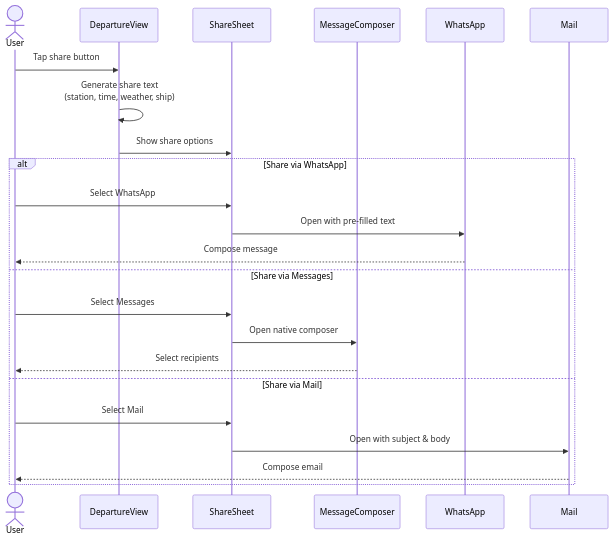
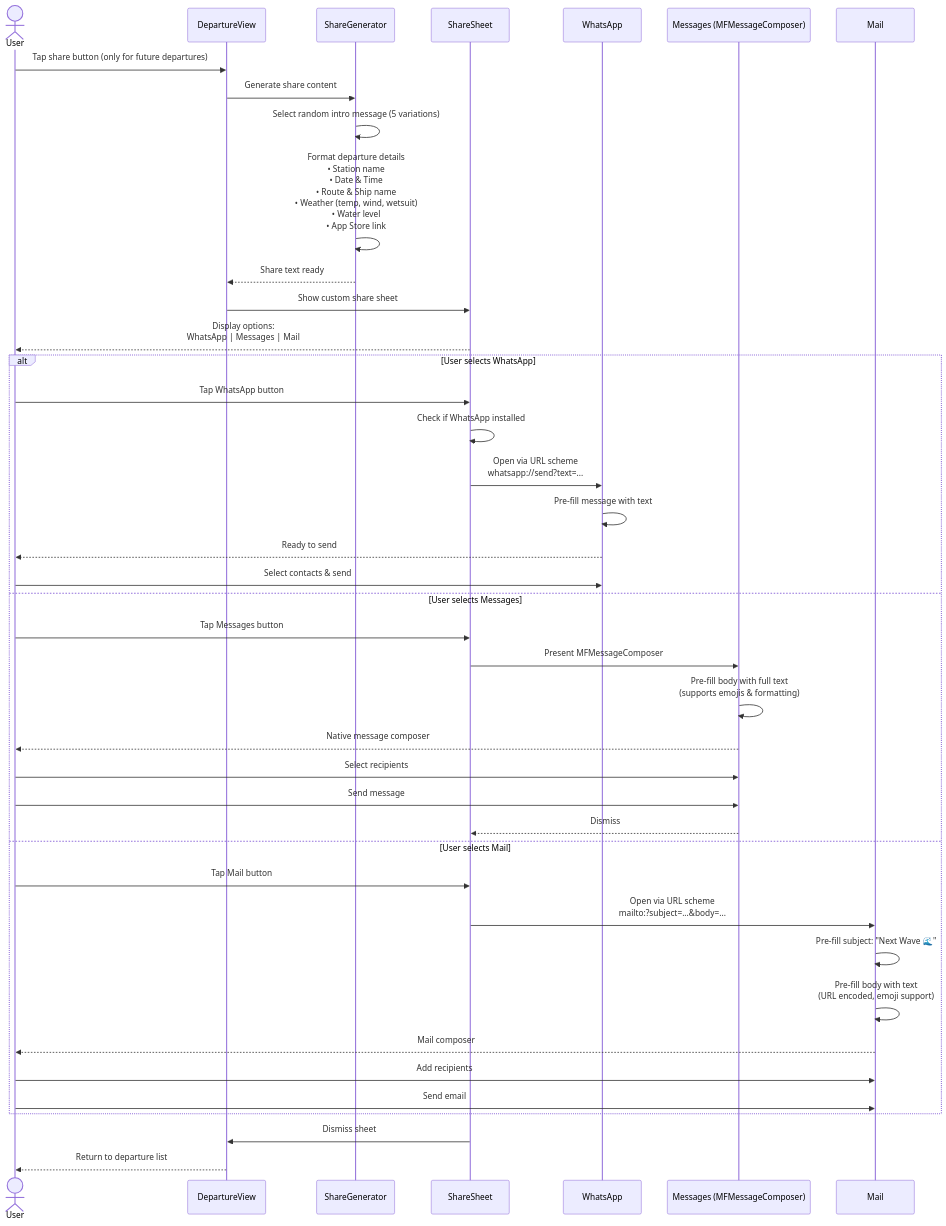
Before and after one commit to pfederi/Next-Wave: diagram 14 of 22 in ARC42_DOCUMENTATION.md, drawn with Mermaid.

Commit message:
Enhance ARC42 documentation with detailed sharing scenarios
- Updated sequence diagram to include a ShareGenerator for generating custom share content.
- Improved user flow for sharing via WhatsApp, Messages, and Mail with detailed steps.
- Clarified interactions and added support for emojis and formatting in Messages.
- Ensured the share sheet dismisses correctly after sharing.

````diff
--- a/ARC42_DOCUMENTATION.md
+++ b/ARC42_DOCUMENTATION.md
@@ -529,27 +529,46 @@
 ```mermaid
 sequenceDiagram
     actor User
     participant DepartureView
+    participant ShareGenerator
     participant ShareSheet
-    participant MessageComposer
     participant WhatsApp
+    participant Messages as Messages (MFMessageComposer)
     participant Mail
     
-    User->>DepartureView: Tap share button
-    DepartureView->>DepartureView: Generate share text<br/>(station, time, weather, ship)
-    DepartureView->>ShareSheet: Show share options
+    User->>DepartureView: Tap share button (only for future departures)
+    DepartureView->>ShareGenerator: Generate share content
+    ShareGenerator->>ShareGenerator: Select random intro message (5 variations)
+    ShareGenerator->>ShareGenerator: Format departure details<br/>• Station name<br/>• Date & Time<br/>• Route & Ship name<br/>• Weather (temp, wind, wetsuit)<br/>• Water level<br/>• App Store link
+    ShareGenerator-->>DepartureView: Share text ready
+    DepartureView->>ShareSheet: Show custom share sheet
+    ShareSheet-->>User: Display options:<br/>WhatsApp | Messages | Mail
     
-    alt Share via WhatsApp
-        User->>ShareSheet: Select WhatsApp
-        ShareSheet->>WhatsApp: Open with pre-filled text
-        WhatsApp-->>User: Compose message
-    else Share via Messages
-        User->>ShareSheet: Select Messages
-        ShareSheet->>MessageComposer: Open native composer
-        MessageComposer-->>User: Select recipients
-    else Share via Mail
-        User->>ShareSheet: Select Mail
-        ShareSheet->>Mail: Open with subject & body
-        Mail-->>User: Compose email
+    alt User selects WhatsApp
+        User->>ShareSheet: Tap WhatsApp button
+        ShareSheet->>ShareSheet: Check if WhatsApp installed
+        ShareSheet->>WhatsApp: Open via URL scheme<br/>whatsapp://send?text=...
+        WhatsApp->>WhatsApp: Pre-fill message with text
+        WhatsApp-->>User: Ready to send
+        User->>WhatsApp: Select contacts & send
+    else User selects Messages
+        User->>ShareSheet: Tap Messages button
+        ShareSheet->>Messages: Present MFMessageComposer
+        Messages->>Messages: Pre-fill body with full text<br/>(supports emojis & formatting)
+        Messages-->>User: Native message composer
+        User->>Messages: Select recipients
+        User->>Messages: Send message
+        Messages-->>ShareSheet: Dismiss
+    else User selects Mail
+        User->>ShareSheet: Tap Mail button
+        ShareSheet->>Mail: Open via URL scheme<br/>mailto:?subject=...&body=...
+        Mail->>Mail: Pre-fill subject: "Next Wave 🌊"
+        Mail->>Mail: Pre-fill body with text<br/>(URL encoded, emoji support)
+        Mail-->>User: Mail composer
+        User->>Mail: Add recipients
+        User->>Mail: Send email
     end
+    
+    ShareSheet->>DepartureView: Dismiss sheet
+    DepartureView-->>User: Return to departure list
 ```
````
